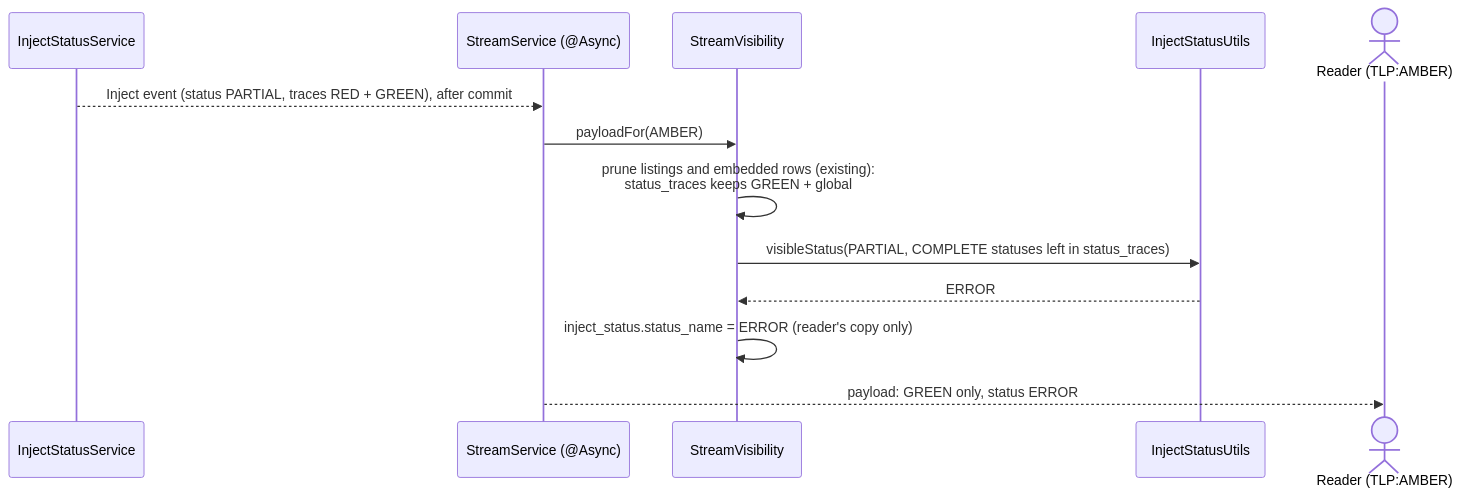
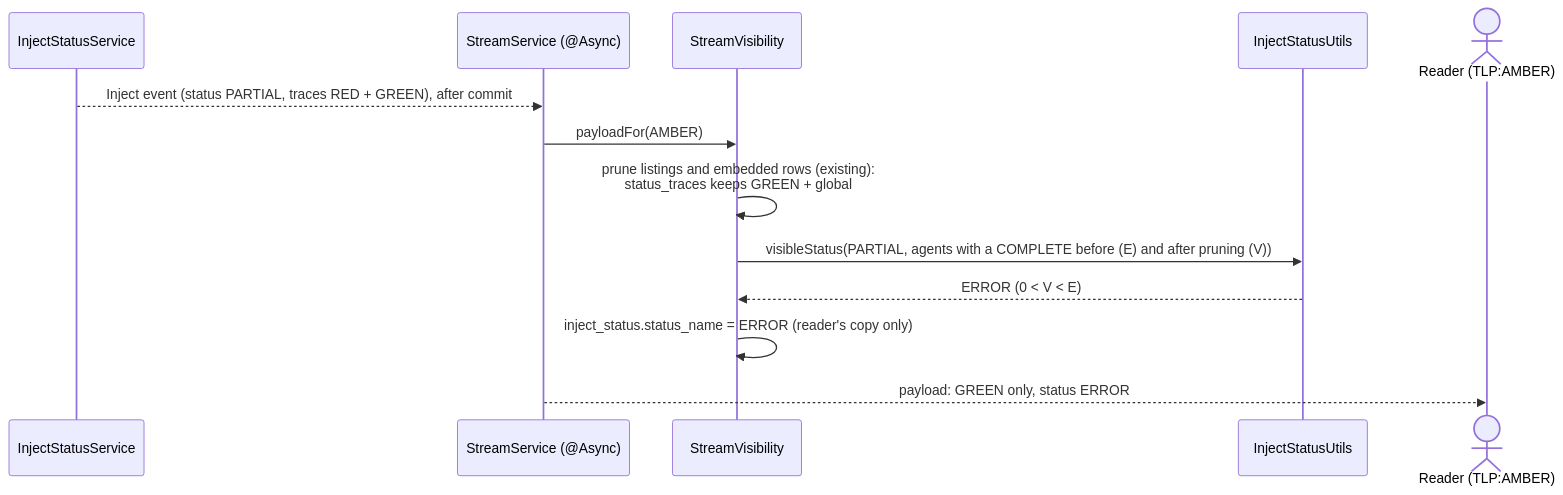
Before and after one commit to OpenAEV-Platform/openaev: diagram 14 of 14 in brainstorming/marking/task4/tech-design.md, drawn with Mermaid. The commit also changed other lines of this file and 29 other files, not shown here.

````diff
--- a/brainstorming/marking/task4/tech-design.md
+++ b/brainstorming/marking/task4/tech-design.md
@@ -1013,15 +1107,15 @@
 ```mermaid
 sequenceDiagram
     participant ISS as InjectStatusService
     participant S as StreamService (@Async)
     participant V as StreamVisibility
     participant U as InjectStatusUtils
     actor R as Reader (TLP:AMBER)
     ISS-->>S: Inject event (status PARTIAL, traces RED + GREEN), after commit
     S->>V: payloadFor(AMBER)
     V->>V: prune listings and embedded rows (existing):<br/>status_traces keeps GREEN + global
-    V->>U: visibleStatus(PARTIAL, COMPLETE statuses left in status_traces)
-    U-->>V: ERROR
+    V->>U: visibleStatus(PARTIAL, agents with a COMPLETE before (E) and after pruning (V))
+    U-->>V: ERROR (0 < V < E)
     V->>V: inject_status.status_name = ERROR (reader's copy only)
     S-->>R: payload: GREEN only, status ERROR
 ```
````
